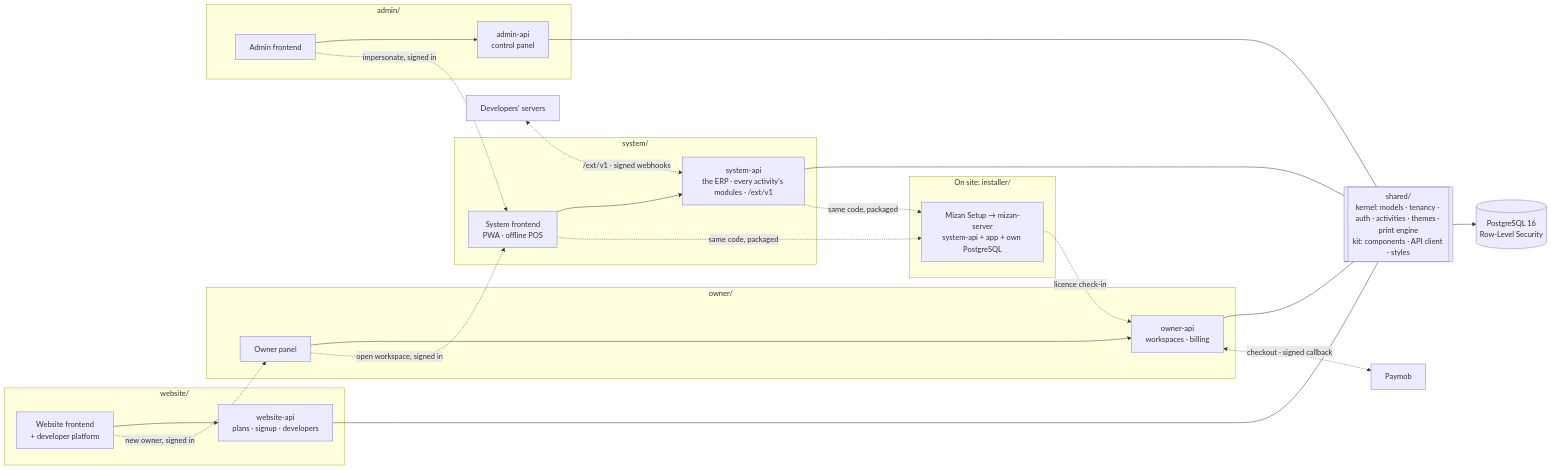
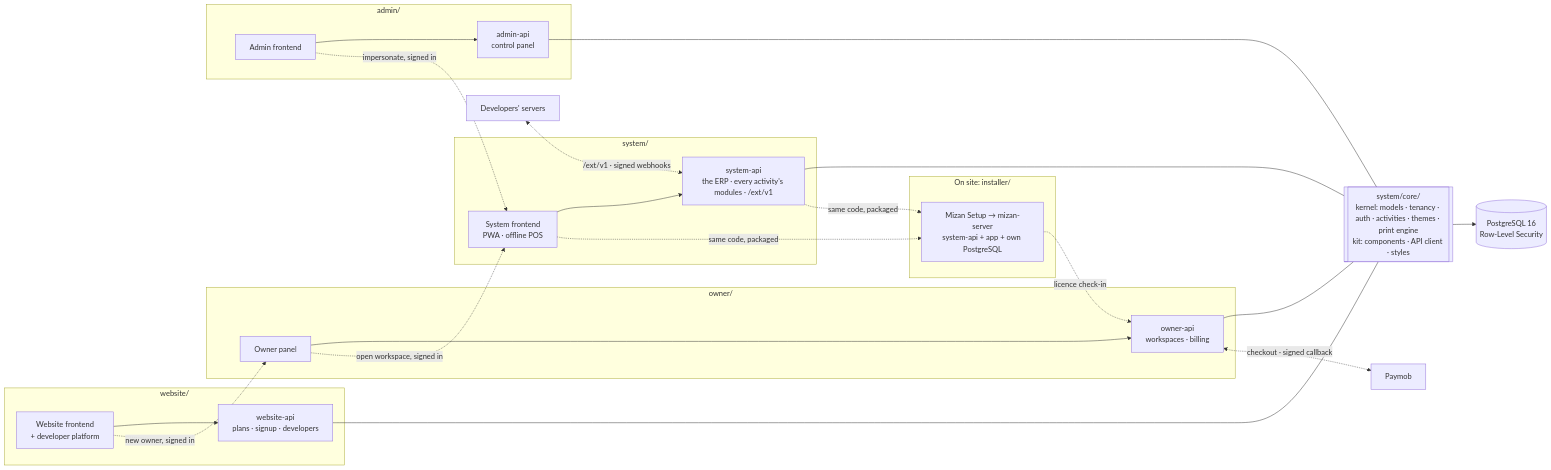
One commit to Mizan-corp/Mizan changed the diagram in README.md. Above: the diagram before and after it, drawn with Mermaid. The commit also changed other lines of this file and 28 other files, not shown here.

Commit message:
docs: update paths for system/core and system/erp (AGENTS, README, SYSTEM, MODULE_STANDARD and others)

````diff
--- a/README.md
+++ b/README.md
@@ -130,28 +130,28 @@
 ```mermaid
 flowchart LR
     subgraph website["website/"]
         WF[Website frontend<br/>+ developer platform] --> WA[website-api<br/>plans · signup · developers]
     end
     subgraph system["system/"]
         SF[System frontend<br/>PWA · offline POS] --> SA[system-api<br/>the ERP · every activity's modules · /ext/v1]
     end
     subgraph owner["owner/"]
         OF[Owner panel] --> OA[owner-api<br/>workspaces · billing]
     end
     subgraph admin["admin/"]
         AF[Admin frontend] --> AA[admin-api<br/>control panel]
     end
-    K[["shared/<br/>kernel: models · tenancy · auth · activities · themes · print engine<br/>kit: components · API client · styles"]]
+    K[["system/core/<br/>kernel: models · tenancy · auth · activities · themes · print engine<br/>kit: components · API client · styles"]]
     WA & SA & OA & AA --- K
     K --> DB[(PostgreSQL 16<br/>Row-Level Security)]
     OA <-. "checkout · signed callback" .-> PM[Paymob]
     WF -. "new owner, signed in" .-> OF
     OF -. "open workspace, signed in" .-> SF
     AF -. "impersonate, signed in" .-> SF
     subgraph onsite["On site: installer/"]
         ON[Mizan Setup → mizan-server<br/>system-api + app + own PostgreSQL]
     end
     SA & SF -. "same code, packaged" .-> ON
     ON -. "licence check-in" .-> OA
     DEV[Developers' servers] <-. "/ext/v1 · signed webhooks" .-> SA
 ```
````
